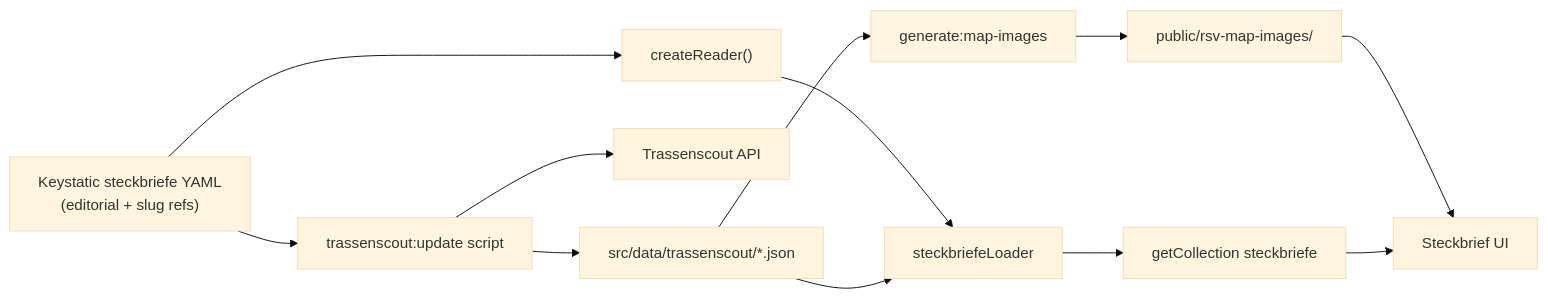
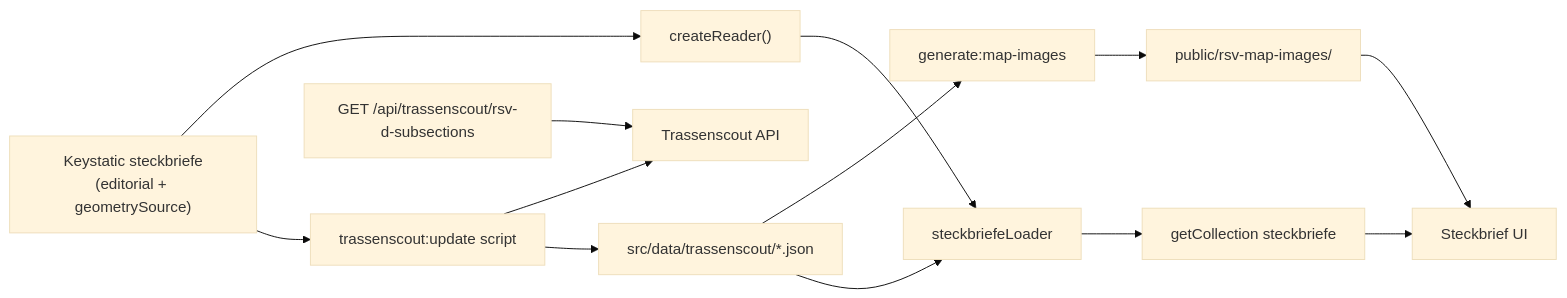
Before and after one commit to FixMyBerlin/rsv-info: the diagram in docs/DATA.md, drawn with Mermaid (base theme). The commit also changed other lines of this file and 172 other files, not shown here.

First line of the commit message:
Add RSV-D geometry source contract for Steckbriefe.

````diff
--- a/docs/DATA.md
+++ b/docs/DATA.md
@@ -7,22 +7,24 @@
 ```mermaid
 flowchart LR
-  ksYaml["Keystatic steckbriefe YAML\n(editorial + slug refs)"]
+  ksYaml["Keystatic steckbriefe\n(editorial + geometrySource)"]
   reader["createReader()"]
   updateScript["trassenscout:update script"]
   tsApi["Trassenscout API"]
   cache["src/data/trassenscout/*.json"]
   mapScript["generate:map-images"]
   pngs["public/rsv-map-images/"]
   loader["steckbriefeLoader"]
   collection["getCollection steckbriefe"]
   ui[Steckbrief UI]
+  adminApi["GET /api/trassenscout/rsv-d-subsections"]
 
   ksYaml --> reader --> loader
   ksYaml --> updateScript
   updateScript --> tsApi
   updateScript --> cache
   cache --> mapScript --> pngs
   cache --> loader
   pngs --> ui
   loader --> collection --> ui
+  adminApi --> tsApi
 ```
````
